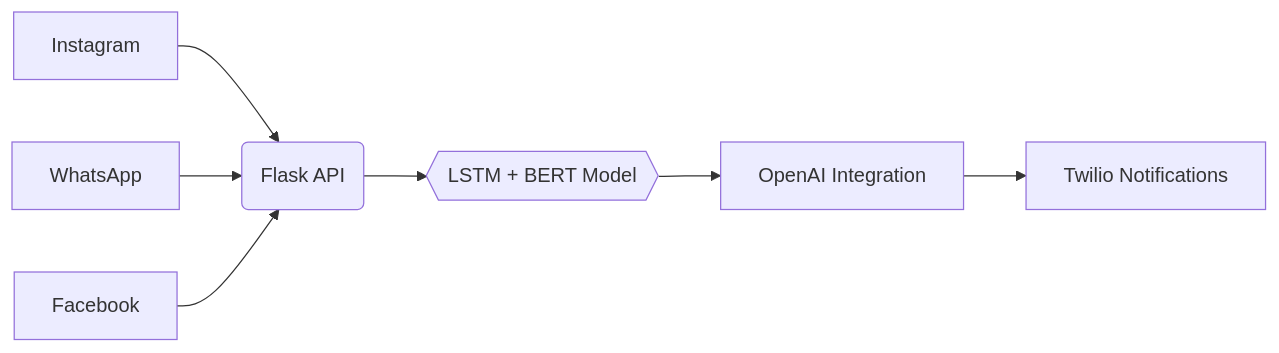
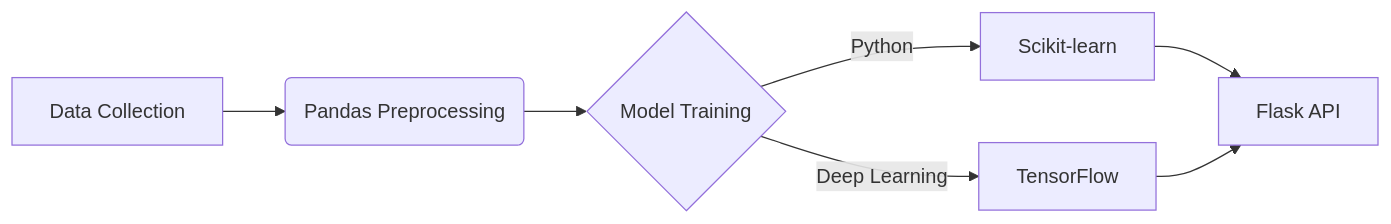
One commit to joaquimtimoteo/joaquimtimoteo changed the first of 2 diagrams in README.md. Above: the diagram before and after it, drawn with Mermaid. The commit also changed other lines of this file, not shown here.

````diff
--- a/README.md
+++ b/README.md
@@ -74,9 +39,9 @@
 ```mermaid
 graph LR
-A[Instagram] --> B(Flask API)
-C[WhatsApp] --> B
-D[Facebook] --> B
-B --> E{{LSTM + BERT Model}}
-E --> F[OpenAI Integration]
-F --> G[Twilio Notifications]
+A[Data Collection] --> B(Pandas Preprocessing)
+B --> C{Model Training}
+C -->|Python| D[Scikit-learn]
+C -->|Deep Learning| E[TensorFlow]
+D --> F[Flask API]
+E --> F
 ```
````
